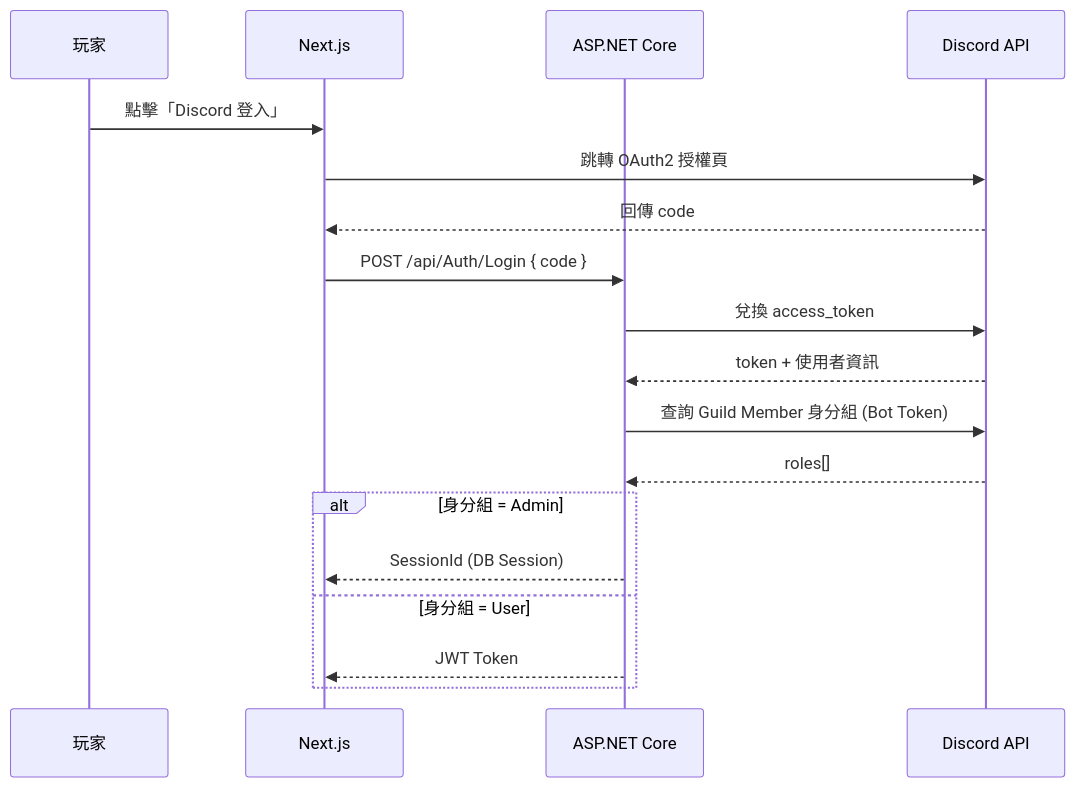
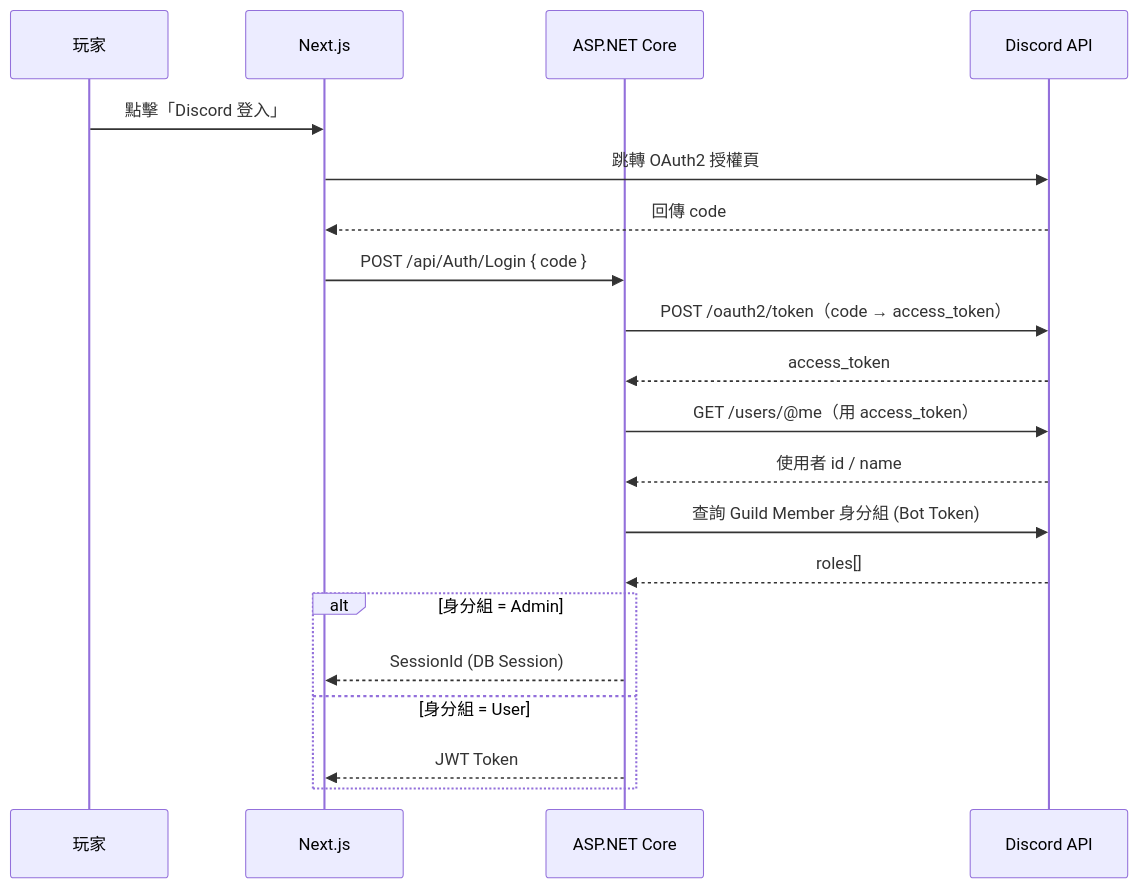
One commit to MinMiss5678/MapleStoryRaidScheduler changed the fifth of 5 diagrams in docs/architecture.md. Above: the diagram before and after it, drawn with Mermaid. The commit also changed other lines of this file, not shown here.

First line of the commit message:
docs(arch): 新增 Cloudflare 網路層至架構圖

````diff
--- a/docs/architecture.md
+++ b/docs/architecture.md
@@ -473,21 +475,23 @@
 ```mermaid
 sequenceDiagram
     participant User as 玩家
     participant Frontend as Next.js
     participant API as ASP.NET Core
     participant Discord as Discord API
 
     User->>Frontend: 點擊「Discord 登入」
     Frontend->>Discord: 跳轉 OAuth2 授權頁
     Discord-->>Frontend: 回傳 code
     Frontend->>API: POST /api/Auth/Login { code }
-    API->>Discord: 兌換 access_token
-    Discord-->>API: token + 使用者資訊
+    API->>Discord: POST /oauth2/token（code → access_token）
+    Discord-->>API: access_token
+    API->>Discord: GET /users/@me（用 access_token）
+    Discord-->>API: 使用者 id / name
     API->>Discord: 查詢 Guild Member 身分組 (Bot Token)
     Discord-->>API: roles[]
     alt 身分組 = Admin
         API-->>Frontend: SessionId (DB Session)
     else 身分組 = User
         API-->>Frontend: JWT Token
     end
 ```
````
